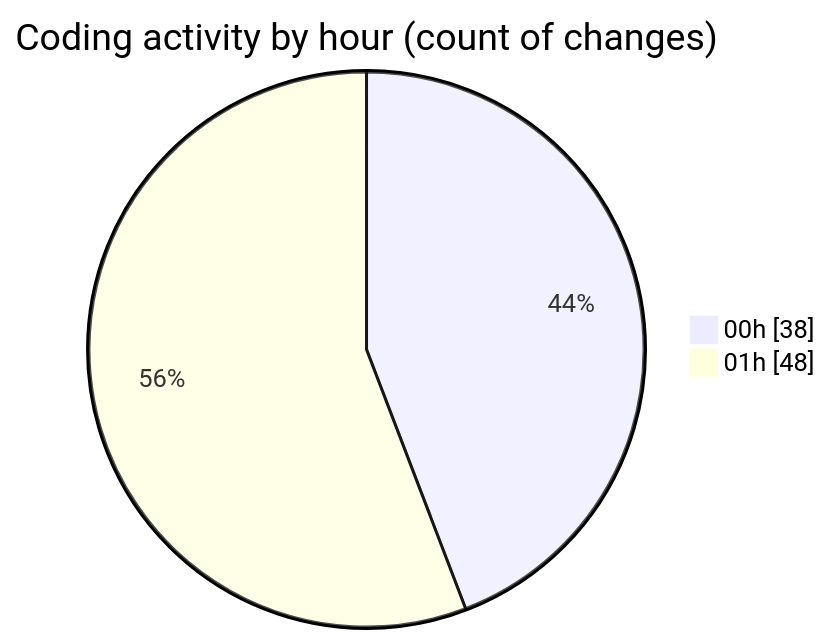
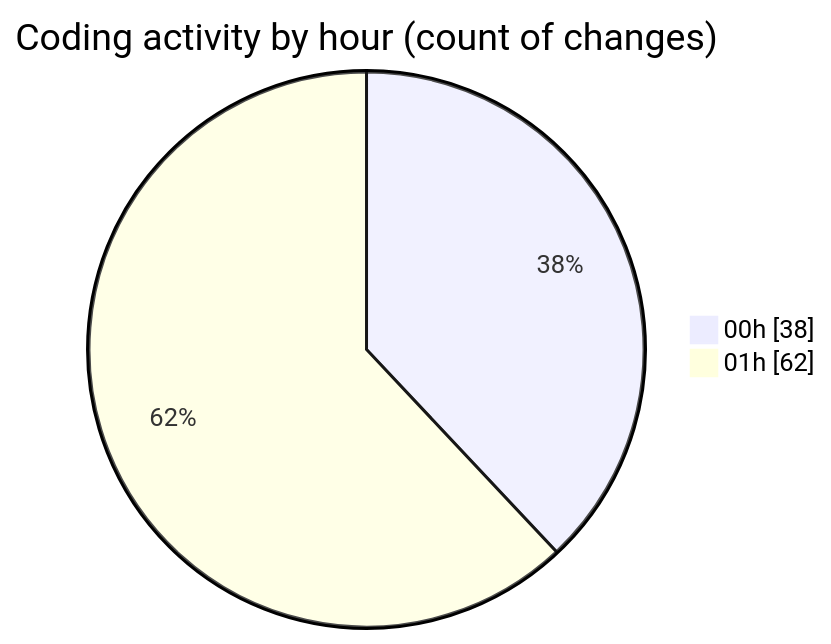
Before and after one commit to lephambinh05/code-tracking: the second of 2 diagrams in 2025-07-27/quanlyrapchieuphim-1/README.md, drawn with Mermaid. The commit also changed other lines of this file and 1 other file, not shown here.

````diff
--- a/2025-07-27/quanlyrapchieuphim-1/README.md
+++ b/2025-07-27/quanlyrapchieuphim-1/README.md
@@ -54,6 +60,6 @@
 ```mermaid
 pie showData
 title Coding activity by hour (count of changes)
 "00h" : 38
-"01h" : 48
+"01h" : 62
 ```
````
